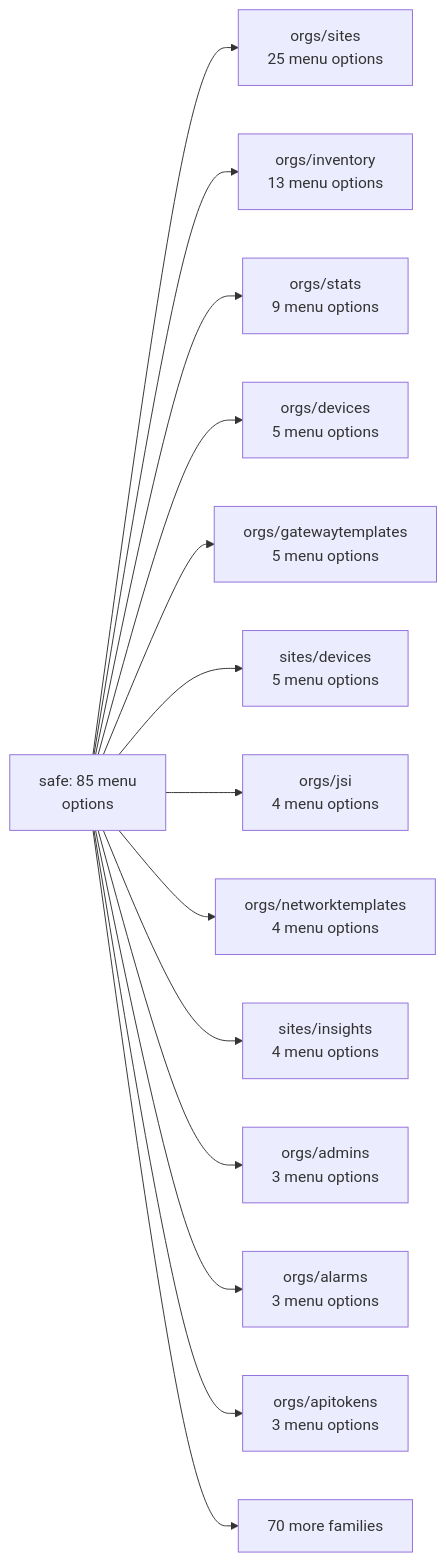
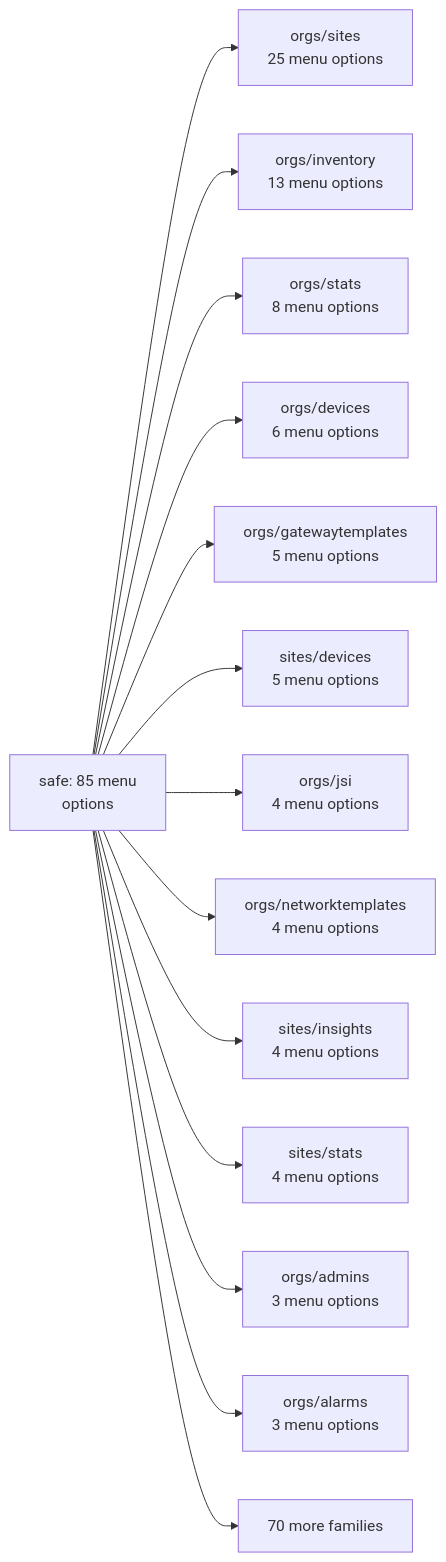
The first of 23 diagrams in documentation/menu-api/safe.md (jmorrison-juniper/MistHelper), drawn with Mermaid before and after one commit. The commit also changed other lines of this file and 21 other files, not shown here.

````diff
--- a/documentation/menu-api/safe.md
+++ b/documentation/menu-api/safe.md
@@ -17,17 +17,17 @@
 ```mermaid
 flowchart LR
     root["safe: 85 menu<br/>options"]
     root --> f_orgs_sites["orgs/sites<br/>25 menu options"]
     root --> f_orgs_inventory["orgs/inventory<br/>13 menu options"]
-    root --> f_orgs_stats["orgs/stats<br/>9 menu options"]
-    root --> f_orgs_devices["orgs/devices<br/>5 menu options"]
+    root --> f_orgs_stats["orgs/stats<br/>8 menu options"]
+    root --> f_orgs_devices["orgs/devices<br/>6 menu options"]
     root --> f_orgs_gatewaytemplates["orgs/gatewaytemplates<br/>5 menu options"]
     root --> f_sites_devices["sites/devices<br/>5 menu options"]
     root --> f_orgs_jsi["orgs/jsi<br/>4 menu options"]
     root --> f_orgs_networktemplates["orgs/networktemplates<br/>4 menu options"]
     root --> f_sites_insights["sites/insights<br/>4 menu options"]
+    root --> f_sites_stats["sites/stats<br/>4 menu options"]
     root --> f_orgs_admins["orgs/admins<br/>3 menu options"]
     root --> f_orgs_alarms["orgs/alarms<br/>3 menu options"]
-    root --> f_orgs_apitokens["orgs/apitokens<br/>3 menu options"]
     root --> more["70 more families"]
 ```
````
